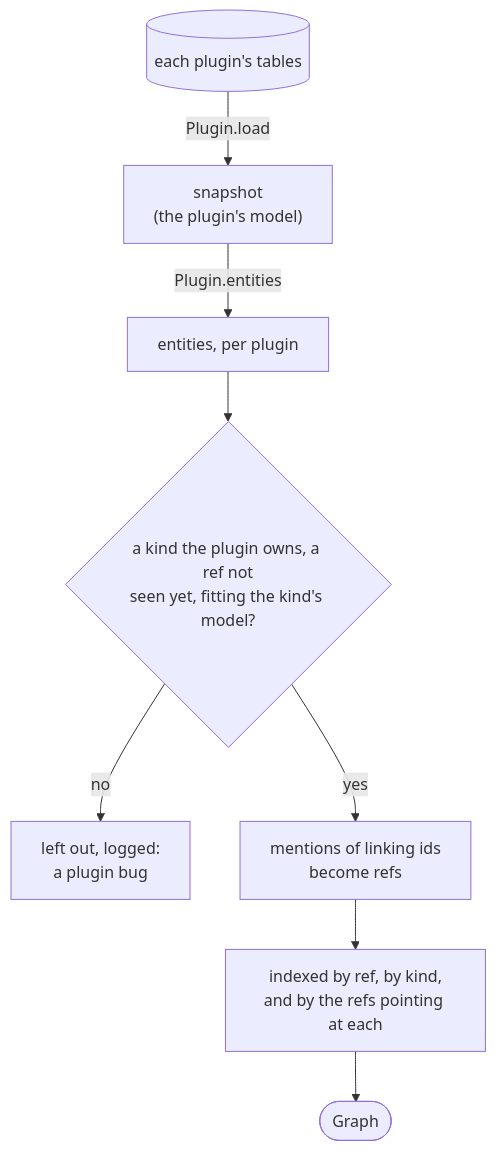
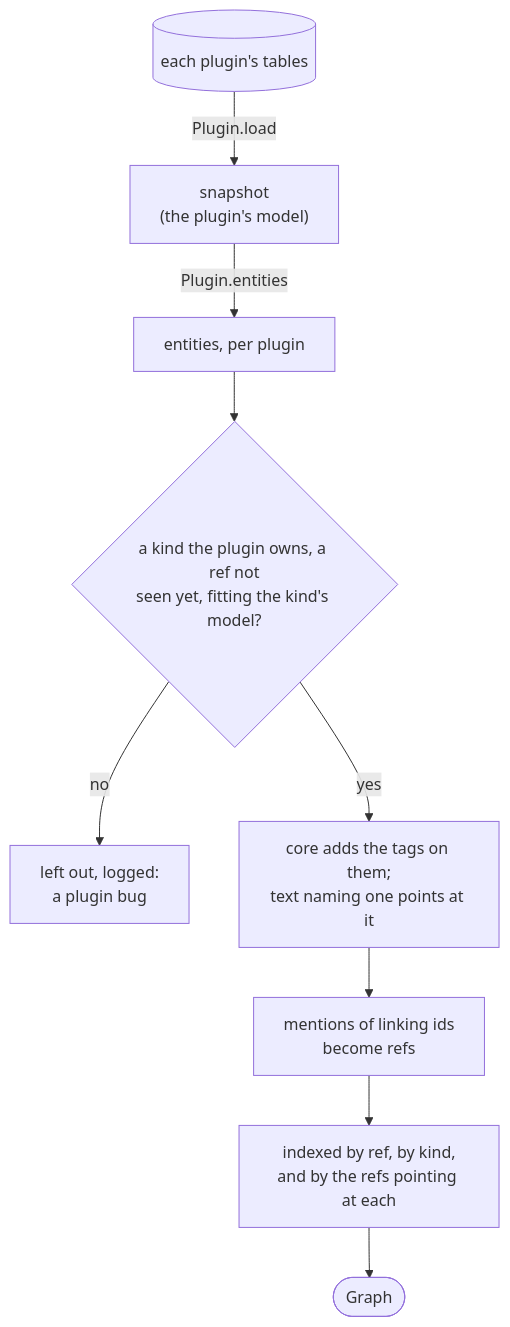
One commit to benekastah/move-forward changed the second of 4 diagrams in docs/graph.md. Above: the diagram before and after it, drawn with Mermaid. The commit also changed other lines of this file and 4 other files, not shown here.

````diff
--- a/docs/graph.md
+++ b/docs/graph.md
@@ -57,10 +59,11 @@
 ```mermaid
 flowchart TB
     tables[("each plugin's tables")] -->|"Plugin.load"| snapshot["snapshot<br/>(the plugin's model)"]
     snapshot -->|"Plugin.entities"| published["entities, per plugin"]
     published --> check{"a kind the plugin owns, a ref not<br/>seen yet, fitting the kind's model?"}
     check -->|no| dropped["left out, logged:<br/>a plugin bug"]
-    check -->|yes| mentions["mentions of linking ids<br/>become refs"]
+    check -->|yes| tagged["core adds the tags on them;<br/>text naming one points at it"]
+    tagged --> mentions["mentions of linking ids<br/>become refs"]
     mentions --> index["indexed by ref, by kind,<br/>and by the refs pointing at each"]
     index --> built(["Graph"])
 ```
````
